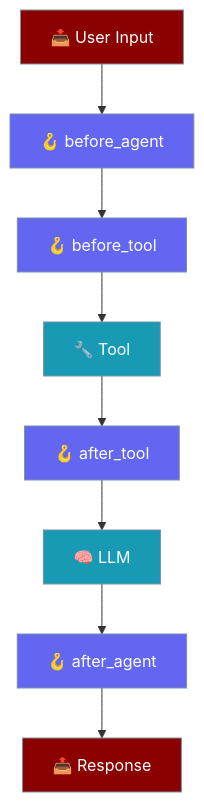
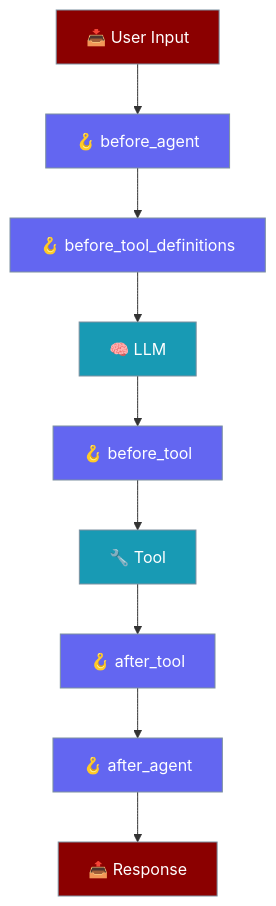
Before and after one commit to MervinPraison/PraisonAIDocs: the second of 2 diagrams in docs/features/plugins.mdx, drawn with Mermaid. The commit also changed other lines of this file and 2 other files, not shown here.

First line of the commit message:
docs: document BEFORE_TOOL_DEFINITIONS hook event (fixes #1287)

````diff
--- a/docs/features/plugins.mdx
+++ b/docs/features/plugins.mdx
@@ -107,18 +107,19 @@
 ```mermaid
 flowchart TB
     INPUT["📥 User Input"] --> BA["🪝 before_agent"]
-    BA --> BT["🪝 before_tool"]
+    BA --> BTD["🪝 before_tool_definitions"]
+    BTD --> LLM["🧠 LLM"]
+    LLM --> BT["🪝 before_tool"]
     BT --> TOOL["🔧 Tool"]
     TOOL --> AT["🪝 after_tool"]
-    AT --> LLM["🧠 LLM"]
-    LLM --> AA["🪝 after_agent"]
+    AT --> AA["🪝 after_agent"]
     AA --> OUTPUT["📤 Response"]
 
     classDef agent fill:#8B0000,stroke:#7C90A0,color:#fff
     classDef hook fill:#6366F1,stroke:#7C90A0,color:#fff
     classDef tool fill:#189AB4,stroke:#7C90A0,color:#fff
 
     class INPUT,OUTPUT agent
-    class BA,BT,AT,AA hook
+    class BA,BTD,BT,AT,AA hook
     class TOOL,LLM tool
 ```
````
